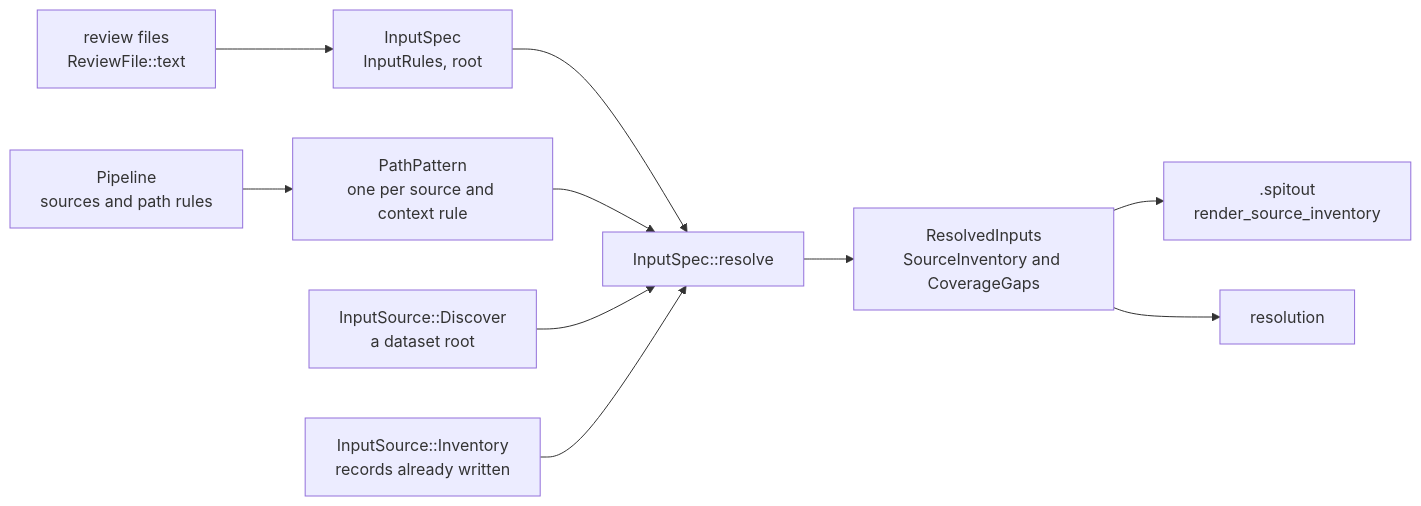
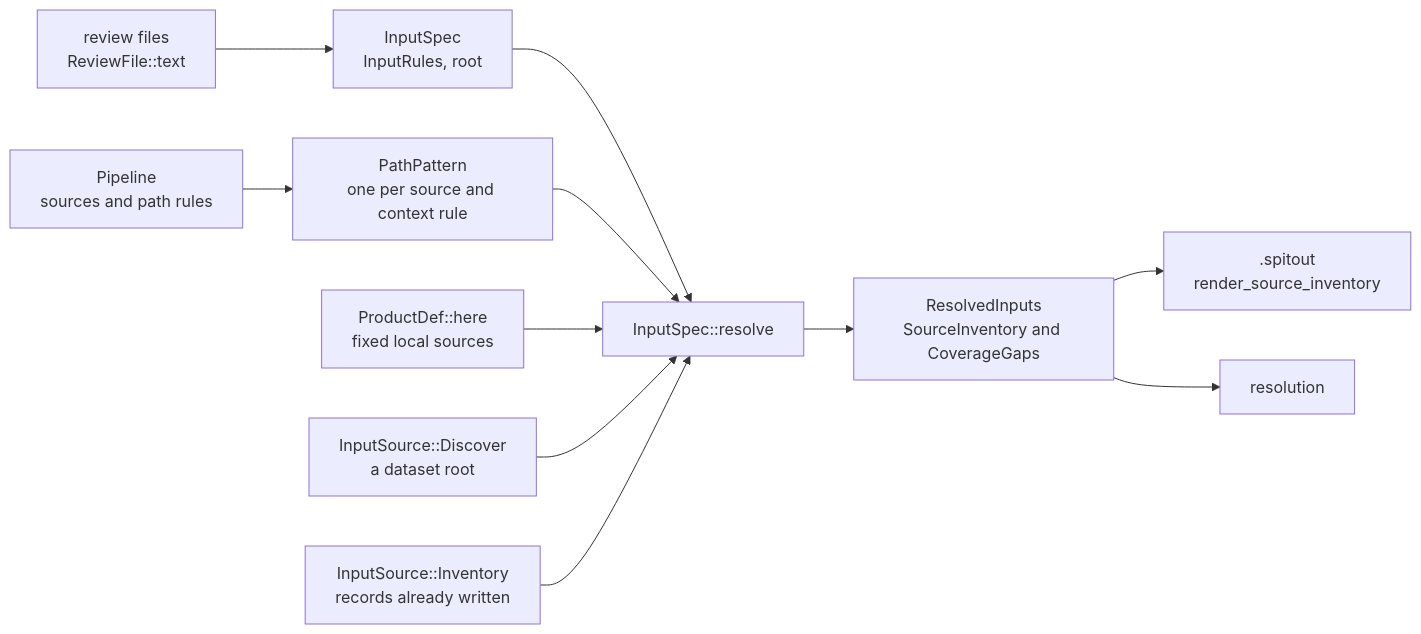
One commit to eclnz/spit changed the diagram in docs/architecture/inputs.md. Above: the diagram before and after it, drawn with Mermaid. The commit also changed other lines of this file and 78 other files, not shown here.

````diff
--- a/docs/architecture/inputs.md
+++ b/docs/architecture/inputs.md
@@ -5,12 +5,13 @@
 ```mermaid
 flowchart LR
     spec["InputSpec<br/>InputRules, root"] --> resolve["InputSpec::resolve"]
     files["review files<br/>ReviewFile::text"] --> spec
     pipeline["Pipeline<br/>sources and path rules"] --> pattern["PathPattern<br/>one per source and context rule"]
     pattern --> resolve
+    local["ProductDef::here<br/>fixed local sources"] --> resolve
     scan["InputSource::Discover<br/>a dataset root"] --> resolve
     records["InputSource::Inventory<br/>records already written"] --> resolve
     resolve --> resolved["ResolvedInputs<br/>SourceInventory and CoverageGaps"]
     resolved --> spitout[".spitout<br/>render_source_inventory"]
     resolved --> resolution["resolution"]
 ```
````
